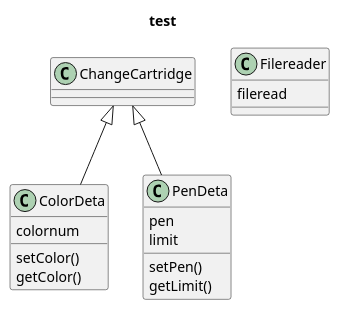
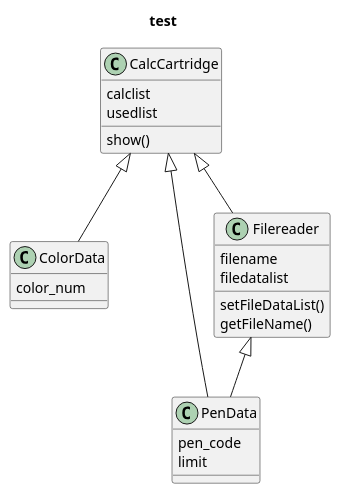
Before and after one commit to m4s4y4/9-: the diagram in 12/test2.wsd, drawn with PlantUML. The commit also changed 8 other files, not shown here.

```diff
--- a/12/test2.wsd
+++ b/12/test2.wsd
@@ -1,29 +1,31 @@
 @startuml
 title test
-ChangeCartridge <|-- ColorDeta
-ChangeCartridge <|-- PenDeta
+CalcCartridge <|-- ColorData
+CalcCartridge <|-- PenData
+CalcCartridge <|-- Filereader
+Filereader <|-- PenData
 
-class PenDeta{
-    pen
-    limit
-
-    setPen()
-    getLimit()
+class CalcCartridge{
+    calclist
+    usedlist
+    show()
 }
 
-class ColorDeta{
-    colornum
 
-    setColor()
-    getColor()
+class PenData{
+    pen_code
+    limit
 }
 
-class ChangeCartridge{
-
+class ColorData{
+    color_num
 }
 
 class Filereader{
-    fileread
+    filename
+    filedatalist
+    setFileDataList()
+    getFileName()
 }
 
 @enduml
```
